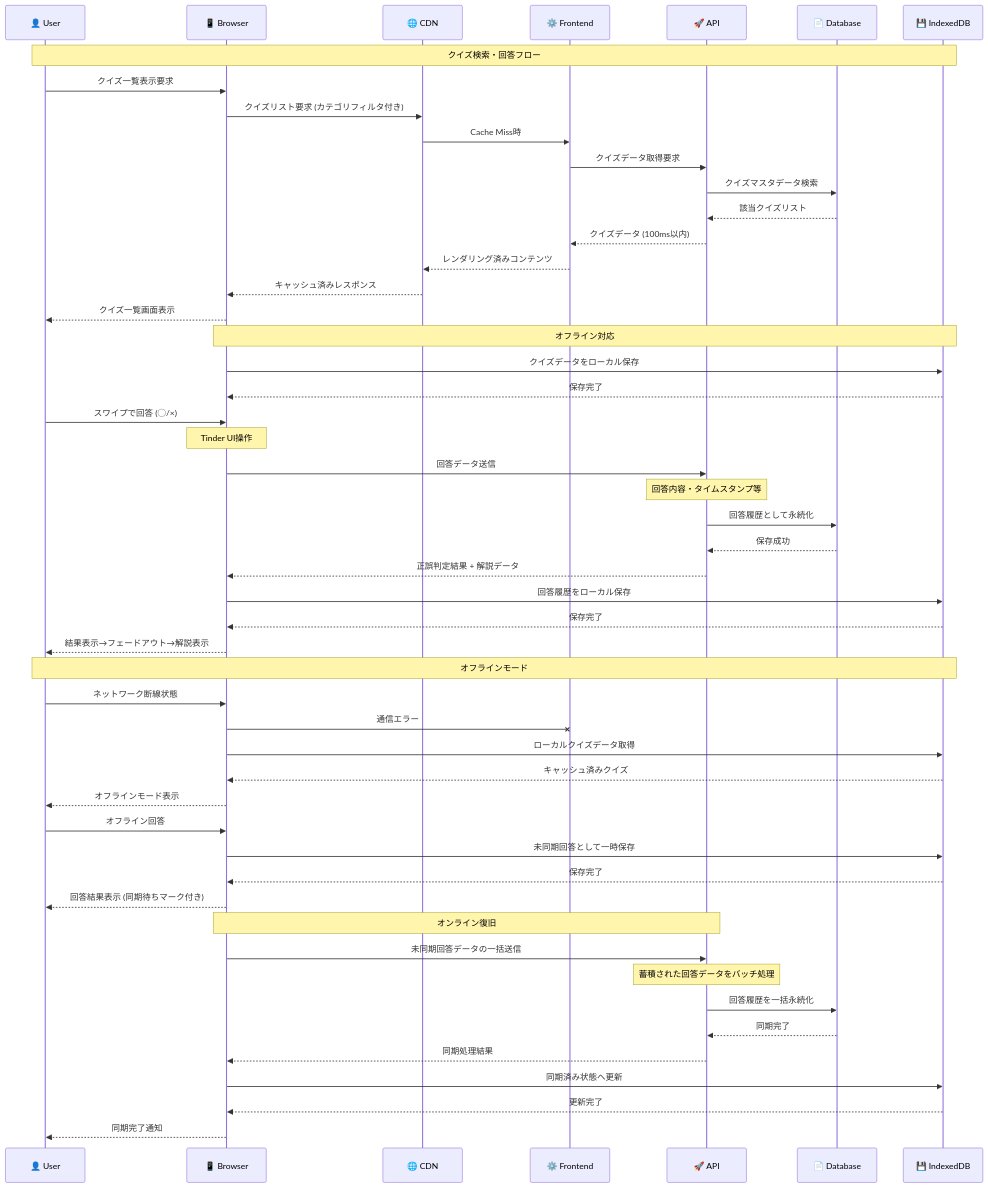
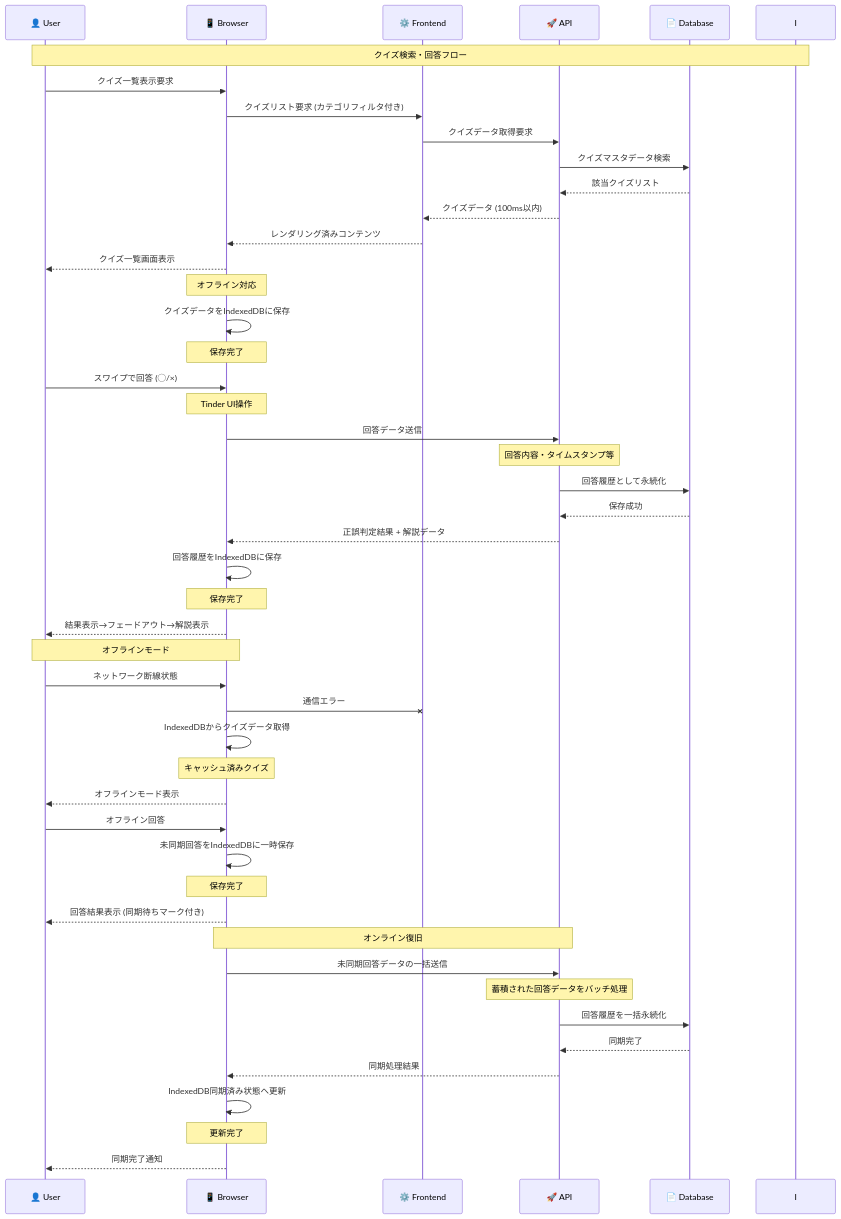
One commit to tanacchi/your-quiz changed the diagram in docs/project/architecture/diagrams/quiz-flow.md. Above: the diagram before and after it, drawn with Mermaid. The commit also changed 16 other files, not shown here.

First line of the commit message:
Update architecture diagrams: IndexedDB browser operations and remove CDN

````diff
--- a/docs/project/architecture/diagrams/quiz-flow.md
+++ b/docs/project/architecture/diagrams/quiz-flow.md
@@ -9,66 +9,62 @@
 ```mermaid
 sequenceDiagram
     participant U as 👤 User
     participant B as 📱 Browser
-    participant C as 🌐 CDN
     participant F as ⚙️ Frontend
     participant A as 🚀 API
     participant D as 📄 Database
-    participant I as 💾 IndexedDB
 
     Note over U,I: クイズ検索・回答フロー
 
     %% 1. クイズ一覧取得
     U->>B: クイズ一覧表示要求
-    B->>C: クイズリスト要求 (カテゴリフィルタ付き)
-    C->>F: Cache Miss時
+    B->>F: クイズリスト要求 (カテゴリフィルタ付き)
     F->>A: クイズデータ取得要求
     A->>D: クイズマスタデータ検索
     D-->>A: 該当クイズリスト
     A-->>F: クイズデータ (100ms以内)
-    F-->>C: レンダリング済みコンテンツ
-    C-->>B: キャッシュ済みレスポンス
+    F-->>B: レンダリング済みコンテンツ
     B-->>U: クイズ一覧画面表示
 
     %% 2. オフライン対応 (事前ダウンロード)
-    Note over B,I: オフライン対応
-    B->>I: クイズデータをローカル保存
-    I-->>B: 保存完了
+    Note over B: オフライン対応
+    B->>B: クイズデータをIndexedDBに保存
+    Note over B: 保存完了
 
     %% 3. クイズ回答
     U->>B: スワイプで回答 (◯/×)
     Note over B: Tinder UI操作
     B->>A: 回答データ送信
     Note over A: 回答内容・タイムスタンプ等
     A->>D: 回答履歴として永続化
     D-->>A: 保存成功
     A-->>B: 正誤判定結果 + 解説データ
-    B->>I: 回答履歴をローカル保存
-    I-->>B: 保存完了
+    B->>B: 回答履歴をIndexedDBに保存
+    Note over B: 保存完了
     B-->>U: 結果表示→フェードアウト→解説表示
 
     %% 4. オフライン時の動作
-    Note over U,I: オフラインモード
+    Note over U,B: オフラインモード
     U->>B: ネットワーク断線状態
     B-xF: 通信エラー
-    B->>I: ローカルクイズデータ取得
-    I-->>B: キャッシュ済みクイズ
+    B->>B: IndexedDBからクイズデータ取得
+    Note over B: キャッシュ済みクイズ
     B-->>U: オフラインモード表示
 
     %% 5. 回答 (オフライン)
     U->>B: オフライン回答
-    B->>I: 未同期回答として一時保存
-    I-->>B: 保存完了
+    B->>B: 未同期回答をIndexedDBに一時保存
+    Note over B: 保存完了
     B-->>U: 回答結果表示 (同期待ちマーク付き)
 
     %% 6. オンライン復旧時同期
     Note over B,A: オンライン復旧
     B->>A: 未同期回答データの一括送信
     Note over A: 蓄積された回答データをバッチ処理
     A->>D: 回答履歴を一括永続化
     D-->>A: 同期完了
     A-->>B: 同期処理結果
-    B->>I: 同期済み状態へ更新
-    I-->>B: 更新完了
+    B->>B: IndexedDB同期済み状態へ更新
+    Note over B: 更新完了
     B-->>U: 同期完了通知
 ```
````
